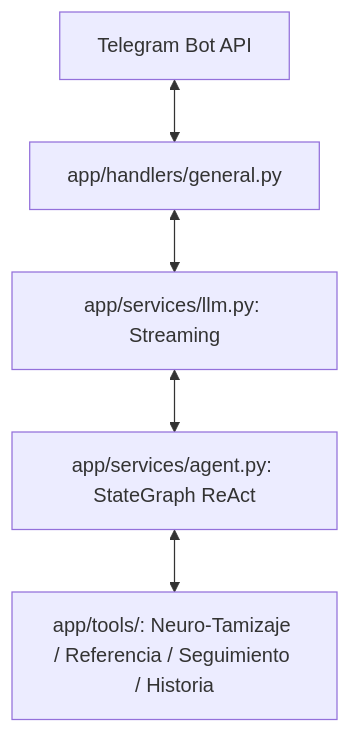
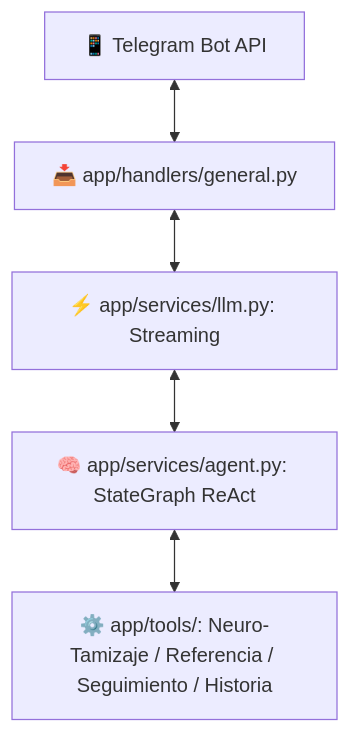
Before and after one commit to TechAtlasDev/relu-ocusense: the diagram in backend/README.md, drawn with Mermaid. The commit also changed other lines of this file and 4 other files, not shown here.

````diff
--- a/backend/README.md
+++ b/backend/README.md
@@ -11,7 +11,7 @@
 ```mermaid
 graph TD
-    Telegram["Telegram Bot API"] <--> Handlers["app/handlers/general.py"]
-    Handlers <--> LLMService["app/services/llm.py: Streaming"]
-    LLMService <--> LangGraph["app/services/agent.py: StateGraph ReAct"]
-    LangGraph <--> Tools["app/tools/: Neuro-Tamizaje / Referencia / Seguimiento / Historia"]
+    Telegram[📱 Telegram Bot API] <--> Handlers[📥 app/handlers/general.py]
+    Handlers <--> LLMService[⚡ app/services/llm.py: Streaming]
+    LLMService <--> LangGraph[🧠 app/services/agent.py: StateGraph ReAct]
+    LangGraph <--> Tools[⚙️ app/tools/: Neuro-Tamizaje / Referencia / Seguimiento / Historia]
 ```
````
